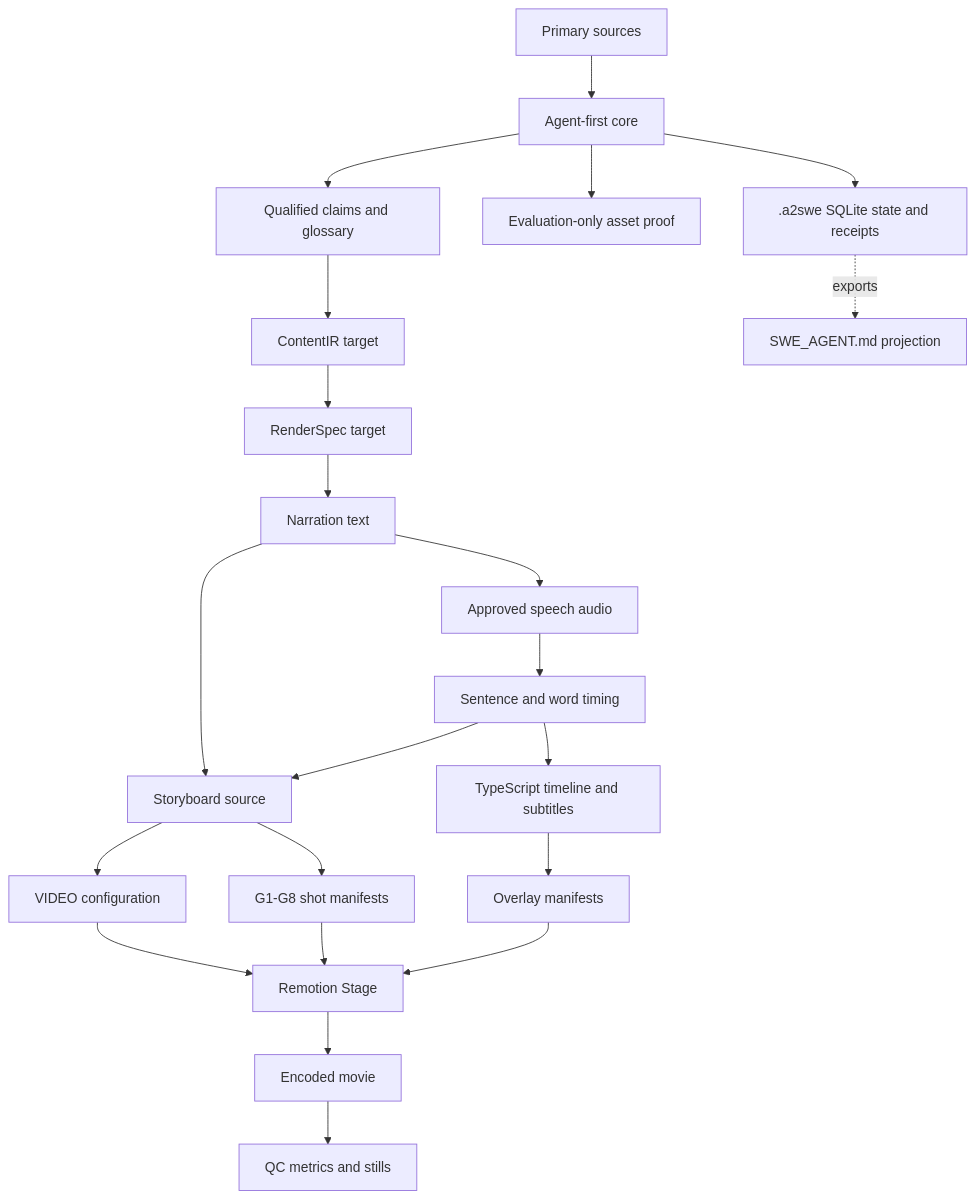
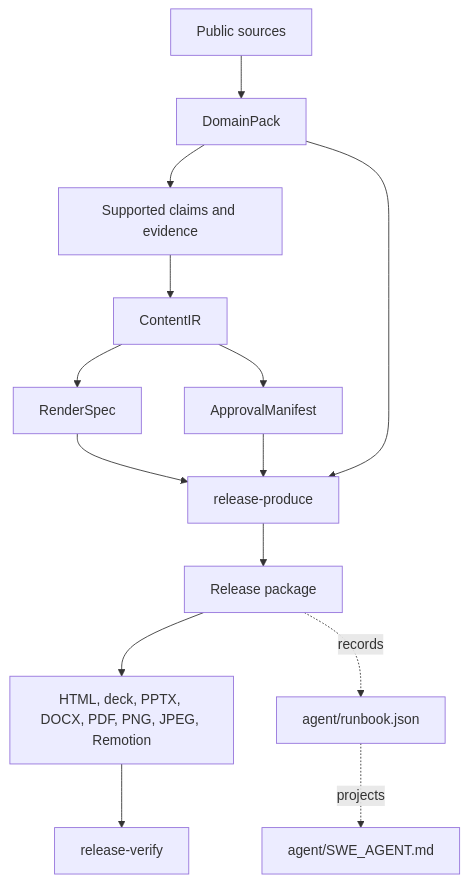
Before and after one commit to dayour/a2swe: the diagram in docs/content/architecture/data-flow.md, drawn with Mermaid. The commit also changed other lines of this file and 44 other files, not shown here.

````diff
--- a/docs/content/architecture/data-flow.md
+++ b/docs/content/architecture/data-flow.md
@@ -9,24 +8,16 @@
 ```mermaid
 flowchart TD
-  Sources[Primary sources] --> Core[Agent-first core]
-  Core --> Store[.a2swe SQLite state and receipts]
-  Core --> AssetProof[Evaluation-only asset proof]
-  Core --> Claims[Qualified claims and glossary]
-  Claims --> ContentIR[ContentIR target]
-  ContentIR --> RenderSpec[RenderSpec target]
-  RenderSpec --> Script[Narration text]
-  Script --> Audio[Approved speech audio]
-  Audio --> Timing[Sentence and word timing]
-  Timing --> Timeline[TypeScript timeline and subtitles]
-  Script --> Storyboard[Storyboard source]
-  Timing --> Storyboard
-  Storyboard --> Config[VIDEO configuration]
-  Storyboard --> Groups[G1-G8 shot manifests]
-  Timeline --> Overlay[Overlay manifests]
-  Config --> Stage[Remotion Stage]
-  Groups --> Stage
-  Overlay --> Stage
-  Stage --> Movie[Encoded movie]
-  Movie --> Metrics[QC metrics and stills]
-  Store -. exports .-> Companion[SWE_AGENT.md projection]
+  Sources[Public sources] --> DomainPack[DomainPack]
+  DomainPack --> Claims[Supported claims and evidence]
+  Claims --> ContentIR[ContentIR]
+  ContentIR --> RenderSpec[RenderSpec]
+  ContentIR --> ApprovalManifest[ApprovalManifest]
+  RenderSpec --> Release[release-produce]
+  ApprovalManifest --> Release
+  DomainPack --> Release
+  Release --> Package[Release package]
+  Package --> Outputs[HTML, deck, PPTX, DOCX, PDF, PNG, JPEG, Remotion]
+  Outputs --> Verify[release-verify]
+  Package -. records .-> Runbook[agent/runbook.json]
+  Runbook -. projects .-> Ledger[agent/SWE_AGENT.md]
 ```
````
